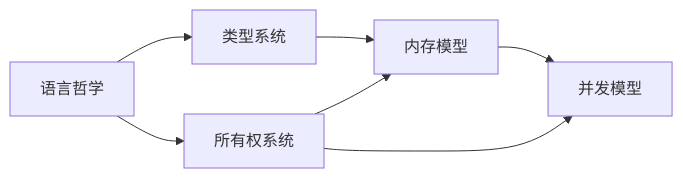
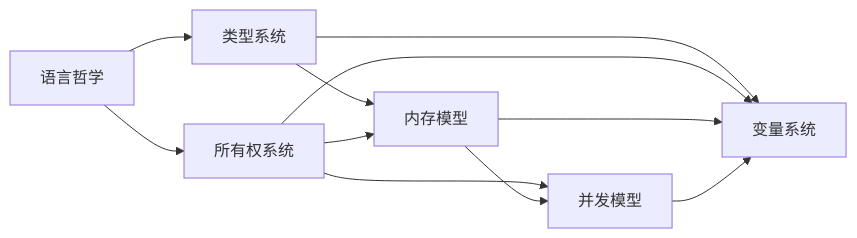
One commit to martin-ly/rust-lang changed the third of 3 diagrams in formal_rust/refactor/01_core_theory/00_core_theory_index.md. Above: the diagram before and after it, drawn with Mermaid. The commit also changed other lines of this file and 29 other files, not shown here.

````diff
--- a/formal_rust/refactor/01_core_theory/00_core_theory_index.md
+++ b/formal_rust/refactor/01_core_theory/00_core_theory_index.md
@@ -182,9 +170,13 @@
 ```mermaid
 graph LR
     A[语言哲学] --> B[类型系统]
     A --> C[所有权系统]
     B --> D[内存模型]
     C --> D
     C --> E[并发模型]
     D --> E
+    B --> F[变量系统]
+    C --> F
+    D --> F
+    E --> F
 ```
````
